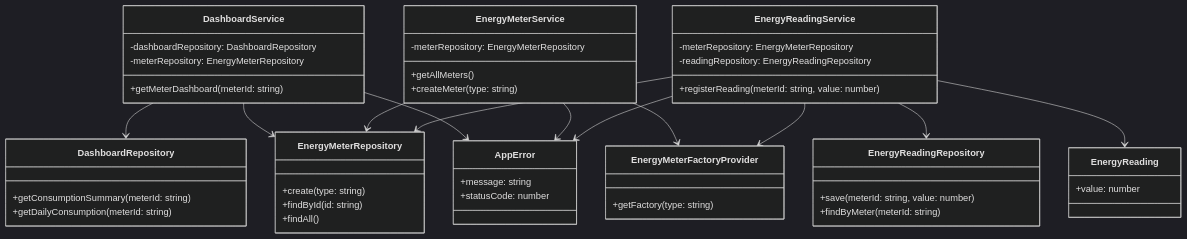
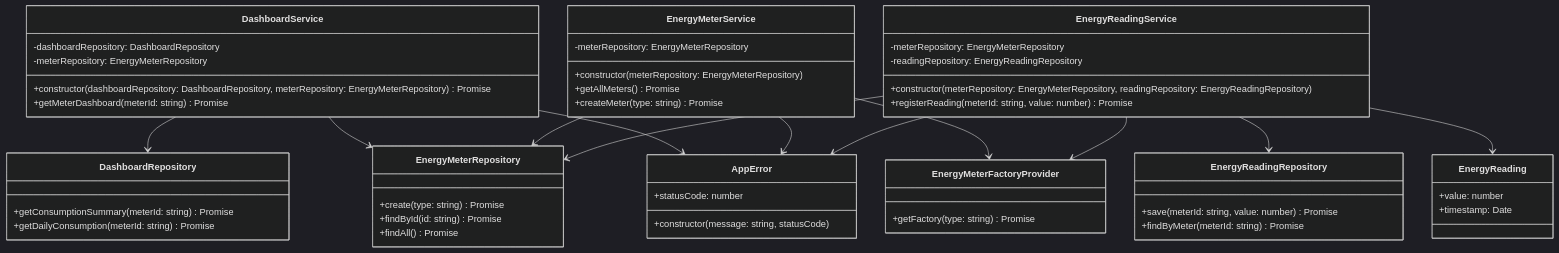
Before and after one commit to rubensrabelo/gestao-de-consumo-de-energia: the second of 15 diagrams in docs/report_rubens_rabelo.md, drawn with Mermaid (dark theme). The commit also changed other lines of this file and 1 other file, not shown here.

````diff
--- a/docs/report_rubens_rabelo.md
+++ b/docs/report_rubens_rabelo.md
@@ -297,63 +298,67 @@
 ```mermaid
 classDiagram
     class DashboardService {
         -dashboardRepository: DashboardRepository
         -meterRepository: EnergyMeterRepository
-        +getMeterDashboard(meterId: string)
+        +constructor(dashboardRepository: DashboardRepository, meterRepository: EnergyMeterRepository) Promise
+        +getMeterDashboard(meterId: string) Promise
     }
 
     class EnergyMeterService {
         -meterRepository: EnergyMeterRepository
-        +getAllMeters()
-        +createMeter(type: string)
+        +constructor(meterRepository: EnergyMeterRepository) 
+        +getAllMeters() Promise
+        +createMeter(type: string) Promise
     }
 
     class EnergyReadingService {
         -meterRepository: EnergyMeterRepository
         -readingRepository: EnergyReadingRepository
-        +registerReading(meterId: string, value: number)
+        +constructor(meterRepository: EnergyMeterRepository, readingRepository: EnergyReadingRepository)
+        +registerReading(meterId: string, value: number) Promise
     }
 
     class DashboardRepository {
-        +getConsumptionSummary(meterId: string)
-        +getDailyConsumption(meterId: string)
+        +getConsumptionSummary(meterId: string) Promise
+        +getDailyConsumption(meterId: string) Promise
     }
 
     class EnergyMeterRepository {
-        +create(type: string)
-        +findById(id: string)
-        +findAll()
+        +create(type: string) Promise
+        +findById(id: string) Promise
+        +findAll() Promise
     }
 
     class EnergyReadingRepository {
-        +save(meterId: string, value: number)
-        +findByMeter(meterId: string)
+        +save(meterId: string, value: number) Promise
+        +findByMeter(meterId: string) Promise
     }
 
     class EnergyMeterFactoryProvider {
-        +getFactory(type: string)
+        +getFactory(type: string) Promise
     }
 
     class EnergyReading {
         +value: number
+        +timestamp: Date
     }
 
     class AppError {
-        +message: string
         +statusCode: number
+        +constructor(message: string, statusCode)
     }
 
     DashboardService --> DashboardRepository
     DashboardService --> EnergyMeterRepository
     DashboardService --> AppError
 
     EnergyMeterService --> EnergyMeterRepository
     EnergyMeterService --> EnergyMeterFactoryProvider
     EnergyMeterService --> AppError
 
     EnergyReadingService --> EnergyMeterRepository
     EnergyReadingService --> EnergyReadingRepository
     EnergyReadingService --> EnergyMeterFactoryProvider
     EnergyReadingService --> EnergyReading
     EnergyReadingService --> AppError
 ```
````
